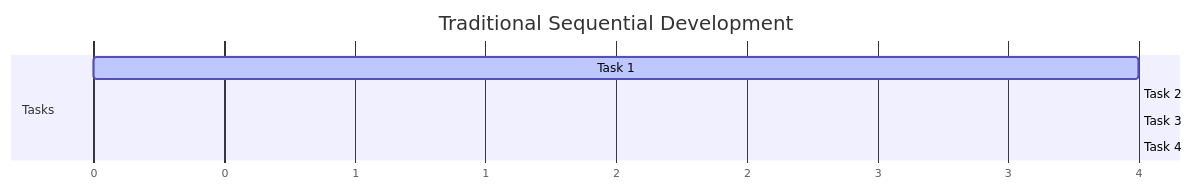
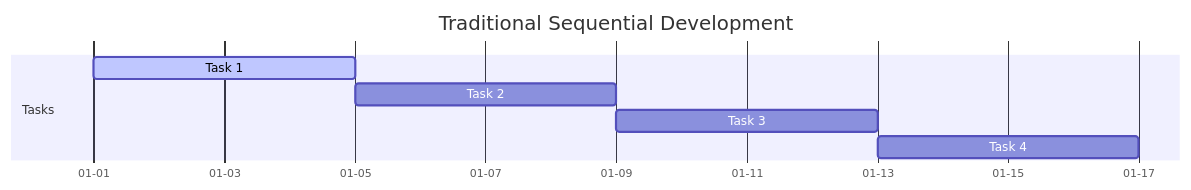
One commit to shrwnsan/research changed the fifth of 7 diagrams in _posts/2025-11-06-conductor-analysis.md. Above: the diagram before and after it, drawn with Mermaid. The commit also changed other lines of this file and 2 other files, not shown here.

````diff
--- a/_posts/2025-11-06-conductor-analysis.md
+++ b/_posts/2025-11-06-conductor-analysis.md
@@ -133,12 +134,12 @@
 ```mermaid
 gantt
     title Traditional Sequential Development
-    dateFormat X
-    axisFormat %s
+    dateFormat YYYY-MM-DD
+    axisFormat %m-%d
 
     section Tasks
-    Task 1        :active, task1, 0, 4
-    Task 2        :task2, after task1, 4
-    Task 3        :task3, after task2, 4
-    Task 4        :task4, after task3, 4
+    Task 1        :active, task1, 2024-01-01, 4d
+    Task 2        :task2, after task1, 4d
+    Task 3        :task3, after task2, 4d
+    Task 4        :task4, after task3, 4d
 ```
````
